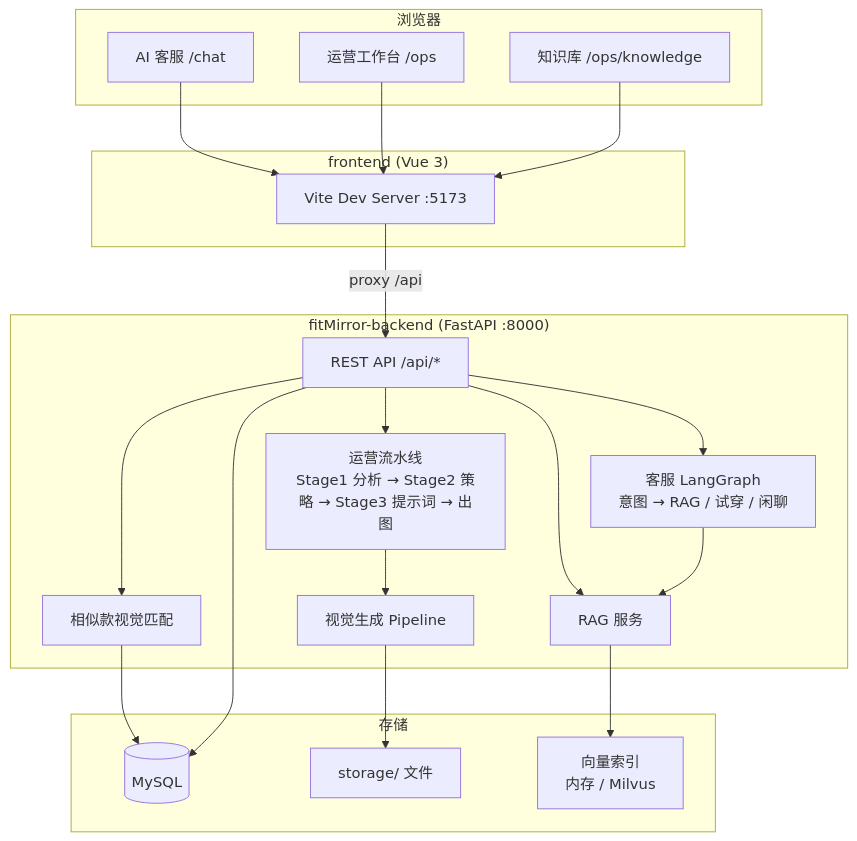
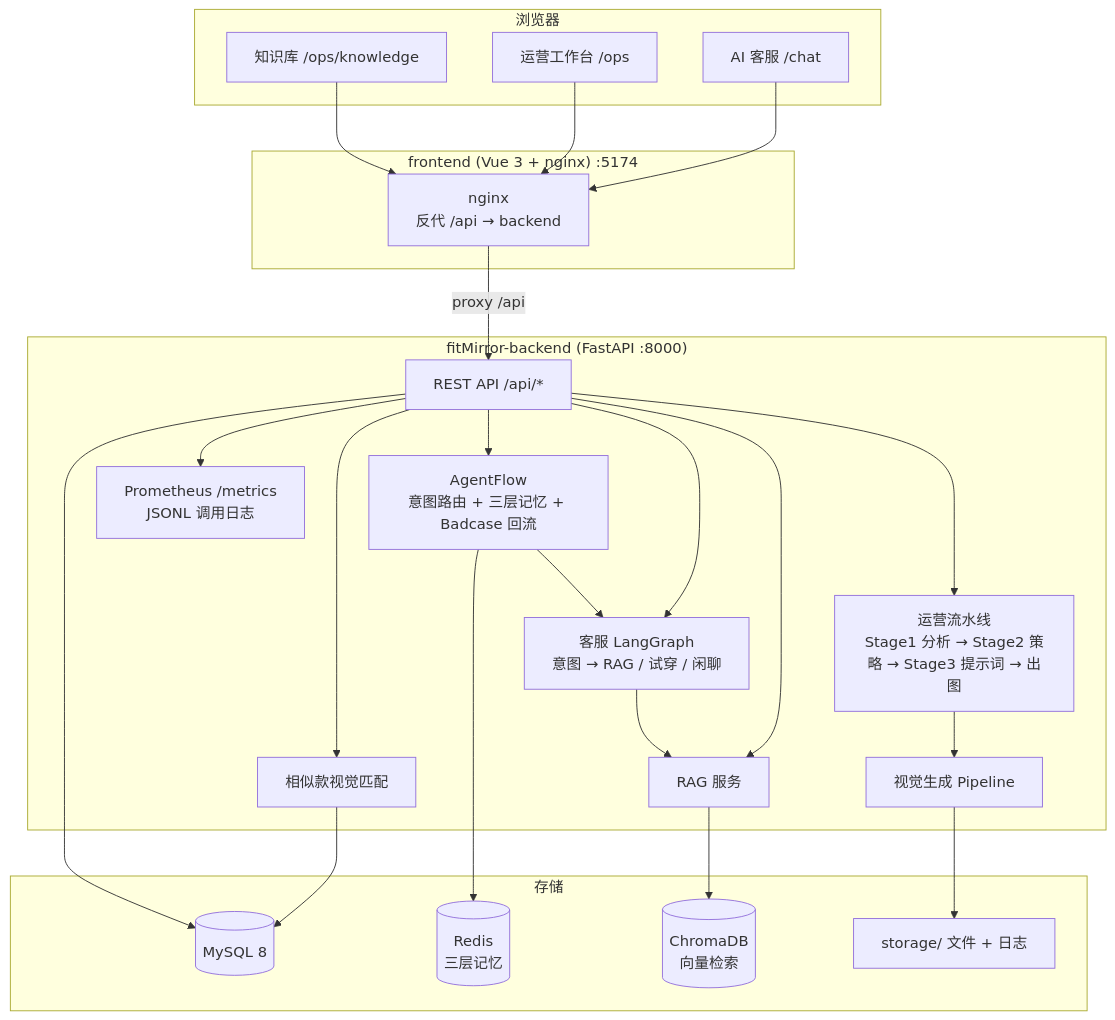
Before and after one commit to panz0-0/AgentMirror: the diagram in README.md, drawn with Mermaid. The commit also changed other lines of this file and 1 other file, not shown here.

Commit message:
docs: update README with Docker Compose, AgentFlow, multi-provider LLM

````diff
--- a/README.md
+++ b/README.md
@@ -130,42 +140,49 @@
 ```mermaid
 flowchart TB
     subgraph Client["浏览器"]
         Chat["AI 客服 /chat"]
         Ops["运营工作台 /ops"]
         KB["知识库 /ops/knowledge"]
     end
 
-    subgraph Frontend["frontend (Vue 3)"]
-        Vite["Vite Dev Server :5173"]
+    subgraph Frontend["frontend (Vue 3 + nginx) :5174"]
+        Nginx["nginx<br/>反代 /api → backend"]
     end
 
     subgraph Backend["fitMirror-backend (FastAPI :8000)"]
         API["REST API /api/*"]
+        AgentFlow["AgentFlow<br/>意图路由 + 三层记忆 + Badcase 回流"]
         CSGraph["客服 LangGraph<br/>意图 → RAG / 试穿 / 闲聊"]
         OpsGraph["运营流水线<br/>Stage1 分析 → Stage2 策略 → Stage3 提示词 → 出图"]
         RAG["RAG 服务"]
         Pipeline["视觉生成 Pipeline"]
         Similar["相似款视觉匹配"]
+        Metrics["Prometheus /metrics<br/>JSONL 调用日志"]
     end
 
     subgraph Storage["存储"]
-        DB[("MySQL")]
-        Files["storage/ 文件"]
-        Vec["向量索引<br/>内存 / Milvus"]
+        DB[("MySQL 8")]
+        Redis[("Redis<br/>三层记忆")]
+        Chroma[("ChromaDB<br/>向量检索")]
+        Files["storage/ 文件 + 日志"]
     end
 
-    Chat --> Vite
-    Ops --> Vite
-    KB --> Vite
-    Vite -->|proxy /api| API
+    Chat --> Nginx
+    Ops --> Nginx
+    KB --> Nginx
+    Nginx -->|proxy /api| API
+    API --> AgentFlow
     API --> CSGraph
     API --> OpsGraph
     API --> Similar
     API --> RAG
+    AgentFlow --> CSGraph
     OpsGraph --> Pipeline
     CSGraph --> RAG
     Similar --> DB
-    RAG --> Vec
+    RAG --> Chroma
+    AgentFlow --> Redis
     API --> DB
+    API --> Metrics
     Pipeline --> Files
 ```
````
